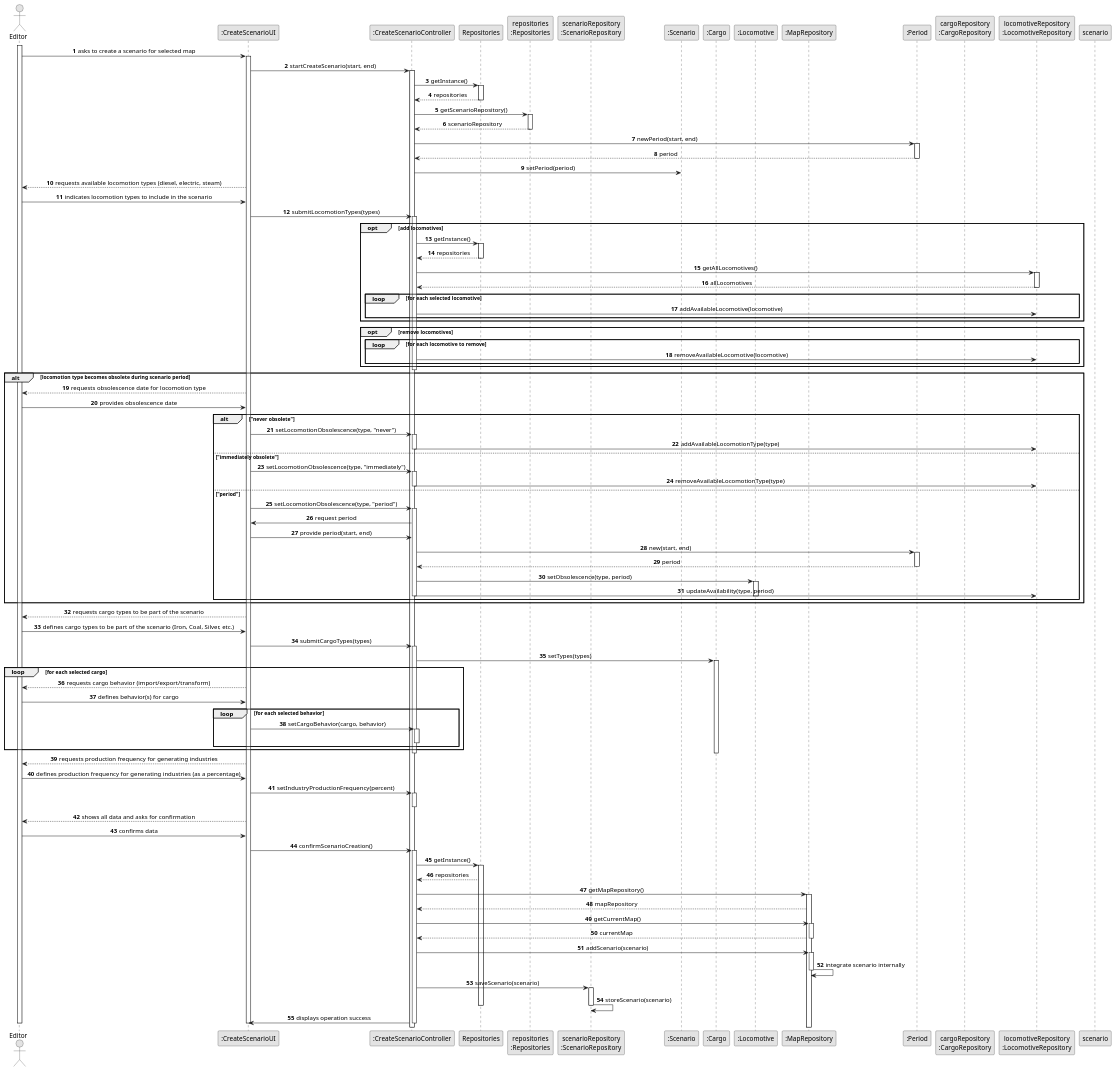
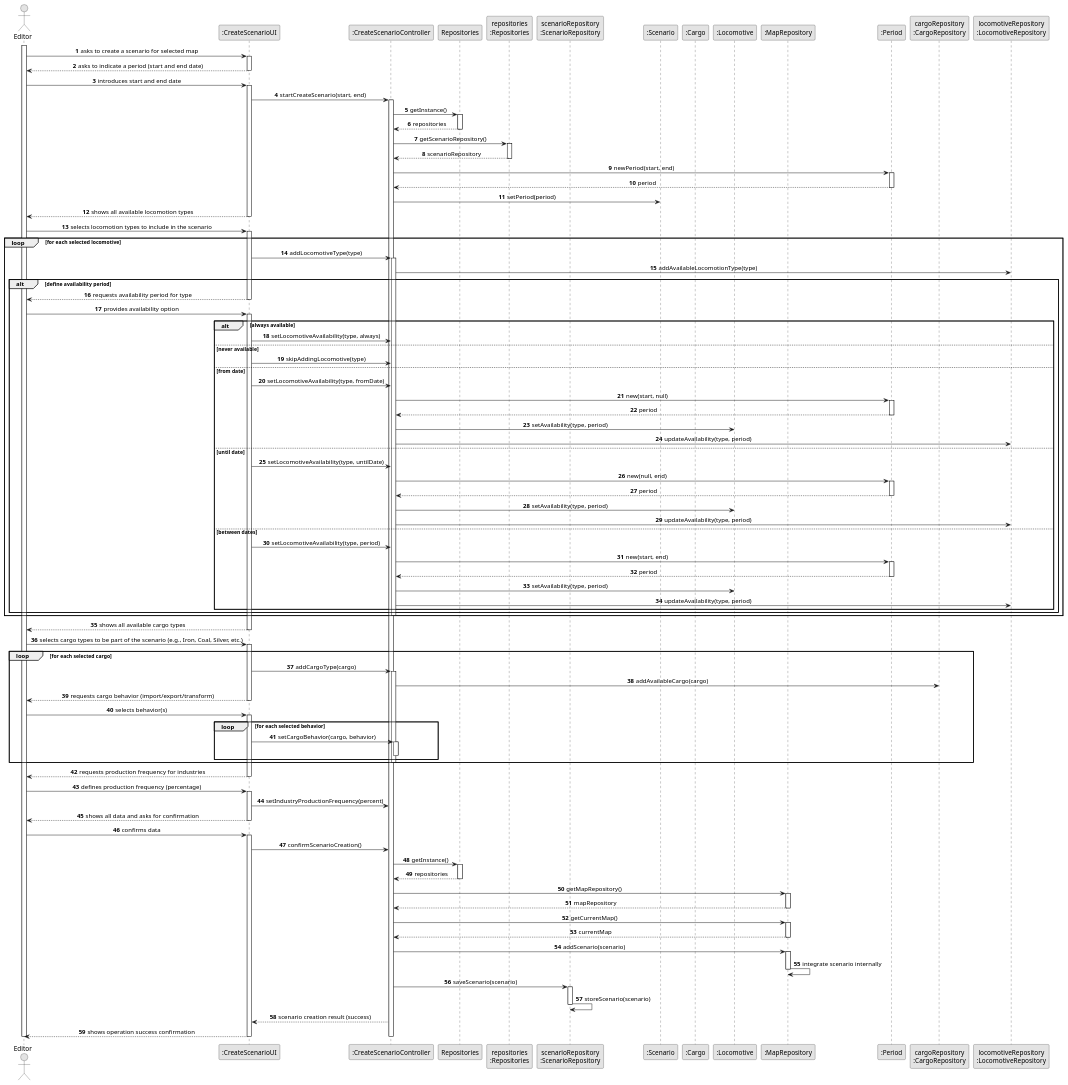
The diagram in docs/system-documentation/US004/03.design/puml/US004-SD-full.puml (1240826/empire-on-tracks), drawn with PlantUML before and after one commit.

Commit message:
US4 design activities update

```diff
--- a/docs/system-documentation/US004/03.design/puml/US004-SD-full.puml
+++ b/docs/system-documentation/US004/03.design/puml/US004-SD-full.puml
@@ -1,175 +1,180 @@
 @startuml
 skinparam monochrome true
 skinparam packageStyle rectangle
 skinparam shadowing false
 skinparam sequenceMessageAlign center
 
 autonumber
 
 actor "Editor" as Editor
 participant ":CreateScenarioUI" as UI
 participant ":CreateScenarioController" as Controller
 participant "Repositories" as REPOS
 participant "repositories\n:Repositories" as REPOS_SINGLETON
 participant "scenarioRepository\n:ScenarioRepository" as SCENARIO_REPO
 participant ":Scenario" as Scenario
 participant ":Cargo" as Cargo
 participant ":Locomotive" as Locomotive
 participant ":MapRepository" as MapRepo
 participant ":Period" as Period
 participant "cargoRepository\n:CargoRepository" as CargoRepo
 participant "locomotiveRepository\n:LocomotiveRepository" as LocoRepo
 
 activate Editor
 
 Editor -> UI : asks to create a scenario for selected map
 activate UI
+UI --> Editor : asks to indicate a period (start and end date)
+deactivate UI
 
+Editor -> UI: introduces start and end date
+activate UI
 UI -> Controller : startCreateScenario(start, end)
 activate Controller
 
 Controller -> REPOS : getInstance()
 activate REPOS
 REPOS --> Controller : repositories
 deactivate REPOS
+
 
 Controller -> REPOS_SINGLETON : getScenarioRepository()
 activate REPOS_SINGLETON
 REPOS_SINGLETON --> Controller : scenarioRepository
 deactivate REPOS_SINGLETON
 
 Controller -> Period : newPeriod(start, end)
 activate Period
 Period --> Controller : period
 deactivate Period
 Controller -> Scenario : setPeriod(period)
-
-deactivate scenario
-deactivate Period
 deactivate REPOS_SINGLETON
 
-UI --> Editor : requests available locomotion types (diesel, electric, steam)
-Editor -> UI : indicates locomotion types to include in the scenario
-UI -> Controller : submitLocomotionTypes(types)
-activate Controller
+UI --> Editor : shows all available locomotion types
+deactivate UI
 
-opt add locomotives
-    Controller -> REPOS : getInstance()
-    activate REPOS
-    REPOS --> Controller : repositories
-    deactivate REPOS
+Editor -> UI : selects locomotion types to include in the scenario
+activate UI
 
-    Controller -> LocoRepo : getAllLocomotives()
-    activate LocoRepo
-    LocoRepo --> Controller : allLocomotives
-    deactivate LocoRepo
+loop for each selected locomotive
+    UI -> Controller : addLocomotiveType(type)
+    activate Controller
+    Controller -> LocoRepo : addAvailableLocomotionType(type)
 
-    loop for each selected locomotive
-        Controller -> LocoRepo : addAvailableLocomotive(locomotive)
+    alt define availability period
+        UI --> Editor : requests availability period for type
+        deactivate UI
+        Editor -> UI : provides availability option
+        activate UI
+
+        alt always available
+            UI -> Controller : setLocomotiveAvailability(type, always)
+
+        else never available
+            UI -> Controller : skipAddingLocomotive(type)
+
+        else from date
+            UI -> Controller : setLocomotiveAvailability(type, fromDate)
+            Controller -> Period : new(start, null)
+            activate Period
+            Period --> Controller : period
+            deactivate Period
+            Controller -> Locomotive : setAvailability(type, period)
+            Controller -> LocoRepo : updateAvailability(type, period)
+            deactivate Period
+
+        else until date
+            UI -> Controller : setLocomotiveAvailability(type, untilDate)
+            Controller -> Period : new(null, end)
+            activate Period
+            Period --> Controller : period
+            deactivate Period
+            Controller -> Locomotive : setAvailability(type, period)
+            Controller -> LocoRepo : updateAvailability(type, period)
+            deactivate Period
+
+        else between dates
+            UI -> Controller : setLocomotiveAvailability(type, period)
+            Controller -> Period : new(start, end)
+            activate Period
+            Period --> Controller : period
+            deactivate Period
+            Controller -> Locomotive : setAvailability(type, period)
+            Controller -> LocoRepo : updateAvailability(type, period)
+            deactivate Period
+        end
     end
+    deactivate Controller
 end
 
-opt remove locomotives
-    loop for each locomotive to remove
-        Controller -> LocoRepo : removeAvailableLocomotive(locomotive)
-    end
-end
+UI --> Editor : shows all available cargo types
+deactivate UI
 
-deactivate Controller
-
-alt locomotion type becomes obsolete during scenario period
-    UI --> Editor : requests obsolescence date for locomotion type
-    Editor -> UI : provides obsolescence date
-    alt "never obsolete"
-        UI -> Controller : setLocomotionObsolescence(type, "never")
-        activate Controller
-        Controller -> LocoRepo : addAvailableLocomotionType(type)
-        deactivate Controller
-    else "immediately obsolete"
-        UI -> Controller : setLocomotionObsolescence(type, "immediately")
-        activate Controller
-        Controller -> LocoRepo : removeAvailableLocomotionType(type)
-        deactivate Controller
-    else "period"
-        UI -> Controller : setLocomotionObsolescence(type, "period")
-        activate Controller
-        Controller -> UI : request period
-        UI -> Controller : provide period(start, end)
-        Controller -> Period : new(start, end)
-        activate Period
-        Period --> Controller : period
-        deactivate Period
-        Controller -> Locomotive : setObsolescence(type, period)
-        activate Locomotive
-        Controller -> LocoRepo : updateAvailability(type, period)
-        deactivate Locomotive
-        deactivate Controller
-    end
-end
-
-UI --> Editor : requests cargo types to be part of the scenario
-Editor -> UI : defines cargo types to be part of the scenario (Iron, Coal, Silver, etc.)
-UI -> Controller : submitCargoTypes(types)
-activate Controller
-
-Controller -> Cargo : setTypes(types)
-activate Cargo
+Editor -> UI : selects cargo types to be part of the scenario (e.g., Iron, Coal, Silver, etc.)
+activate UI
 
 loop for each selected cargo
+    UI -> Controller : addCargoType(cargo)
+    activate Controller
+    Controller -> CargoRepo : addAvailableCargo(cargo)
+
     UI --> Editor : requests cargo behavior (import/export/transform)
-    Editor -> UI : defines behavior(s) for cargo
+    deactivate UI
+    Editor -> UI : selects behavior(s)
+    activate UI
+
     loop for each selected behavior
         UI -> Controller : setCargoBehavior(cargo, behavior)
         activate Controller
         deactivate Controller
     end
+    deactivate Controller
 end
 
-deactivate Cargo
-
-deactivate Controller
-
-UI --> Editor : requests production frequency for generating industries
-Editor -> UI : defines production frequency for generating industries (as a percentage)
+UI --> Editor : requests production frequency for industries
+deactivate UI
+Editor -> UI : defines production frequency (percentage)
+activate UI
 UI -> Controller : setIndustryProductionFrequency(percent)
-activate Controller
-deactivate Controller
 
 UI --> Editor : shows all data and asks for confirmation
+deactivate UI
 Editor -> UI : confirms data
+activate UI
 UI -> Controller : confirmScenarioCreation()
-activate Controller
 
 Controller -> REPOS : getInstance()
 activate REPOS
 REPOS --> Controller : repositories
+deactivate REPOS
+
 
 Controller -> MapRepo : getMapRepository()
 activate MapRepo
 MapRepo --> Controller : mapRepository
+deactivate MapRepo
 
 Controller -> MapRepo : getCurrentMap()
 activate MapRepo
 MapRepo --> Controller : currentMap
-
 deactivate MapRepo
-
 Controller -> MapRepo : addScenario(scenario)
 activate MapRepo
 MapRepo -> MapRepo : integrate scenario internally
-
 deactivate MapRepo
 
 Controller -> SCENARIO_REPO : saveScenario(scenario)
 activate SCENARIO_REPO
 SCENARIO_REPO -> SCENARIO_REPO : storeScenario(scenario)
 deactivate SCENARIO_REPO
 
+Controller --> UI : scenario creation result (success)
+UI --> Editor : shows operation success confirmation
+
+deactivate SCENARIO_REPO
+deactivate MapRepo
 deactivate REPOS
-
-Controller -> UI : displays operation success
 deactivate Controller
 deactivate UI
 deactivate Editor
-
 @enduml
```
